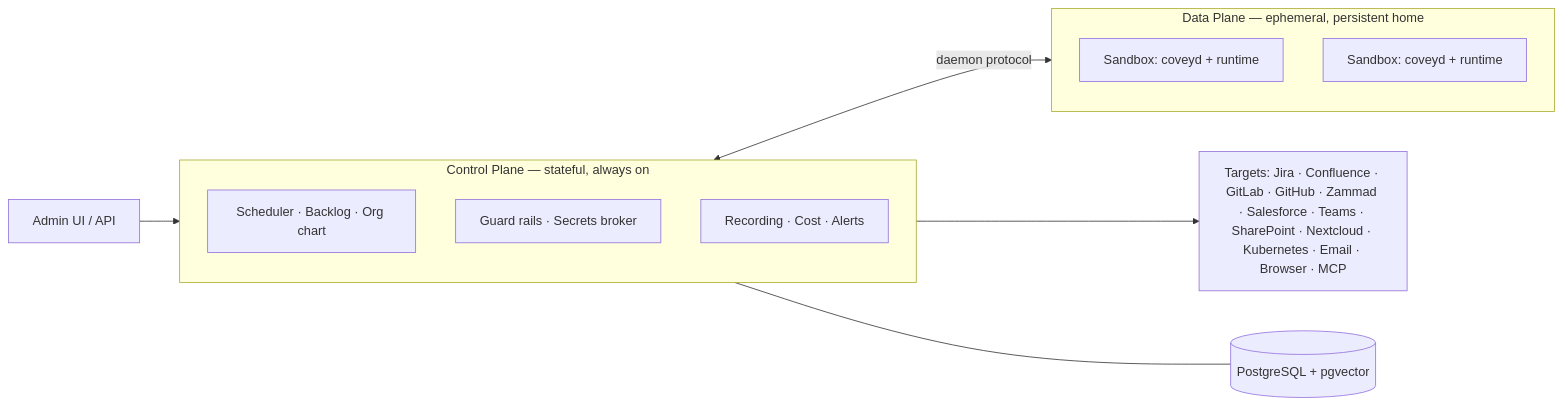
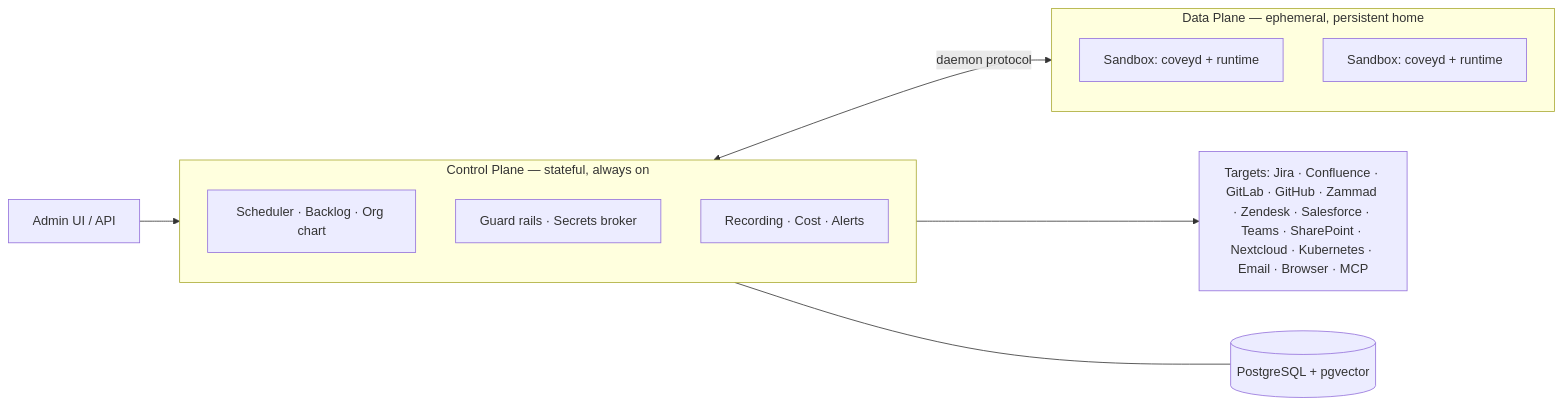
The diagram in README.md (benjaminLedel/covey), drawn with Mermaid before and after one commit. The commit also changed other lines of this file and 6 other files, not shown here.

First line of the commit message:
Zendesk: the runbook, in both languages, and the overviews that point at it (#198)

````diff
--- a/README.md
+++ b/README.md
@@ -114,21 +114,21 @@
 ```mermaid
 flowchart LR
     UI["Admin UI / API"] --> CP
 
     subgraph CP["Control Plane — stateful, always on"]
         direction TB
         SCHED["Scheduler · Backlog · Org chart"]
         GUARD["Guard rails · Secrets broker"]
         OBS["Recording · Cost · Alerts"]
     end
 
     subgraph DP["Data Plane — ephemeral, persistent home"]
         direction TB
         S1["Sandbox: coveyd + runtime"]
         S2["Sandbox: coveyd + runtime"]
     end
 
     CP <-->|daemon protocol| DP
-    CP --> TS["Targets: Jira · Confluence · GitLab · GitHub · Zammad · Salesforce · Teams · SharePoint · Nextcloud · Kubernetes · Email · Browser · MCP"]
+    CP --> TS["Targets: Jira · Confluence · GitLab · GitHub · Zammad · Zendesk · Salesforce · Teams · SharePoint · Nextcloud · Kubernetes · Email · Browser · MCP"]
     CP --- DB[("PostgreSQL + pgvector")]
 ```
````
